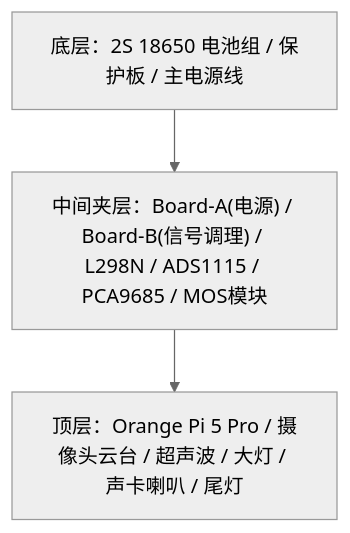
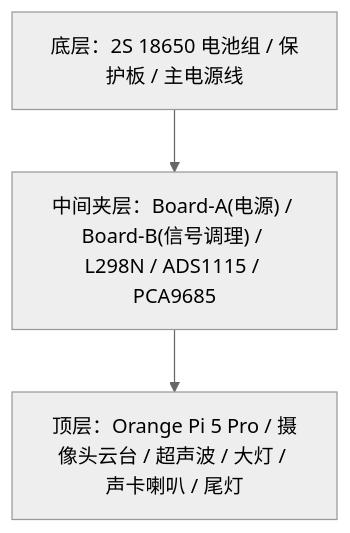
Before and after one commit to danielhyh/xiaocheng: the diagram in docs/hardware-wiring.md, drawn with Mermaid (neutral theme). The commit also changed other lines of this file and 8 other files, not shown here.

````diff
--- a/docs/hardware-wiring.md
+++ b/docs/hardware-wiring.md
@@ -123,7 +99,7 @@
 ```mermaid
 flowchart TB
   Top["顶层：Orange Pi 5 Pro / 摄像头云台 / 超声波 / 大灯 / 声卡喇叭 / 尾灯"]
-  Mid["中间夹层：Board-A(电源) / Board-B(信号调理) / L298N / ADS1115 / PCA9685 / MOS模块"]
+  Mid["中间夹层：Board-A(电源) / Board-B(信号调理) / L298N / ADS1115 / PCA9685"]
   Bottom["底层：2S 18650 电池组 / 保护板 / 主电源线"]
   Bottom --> Mid --> Top
 ```
````
